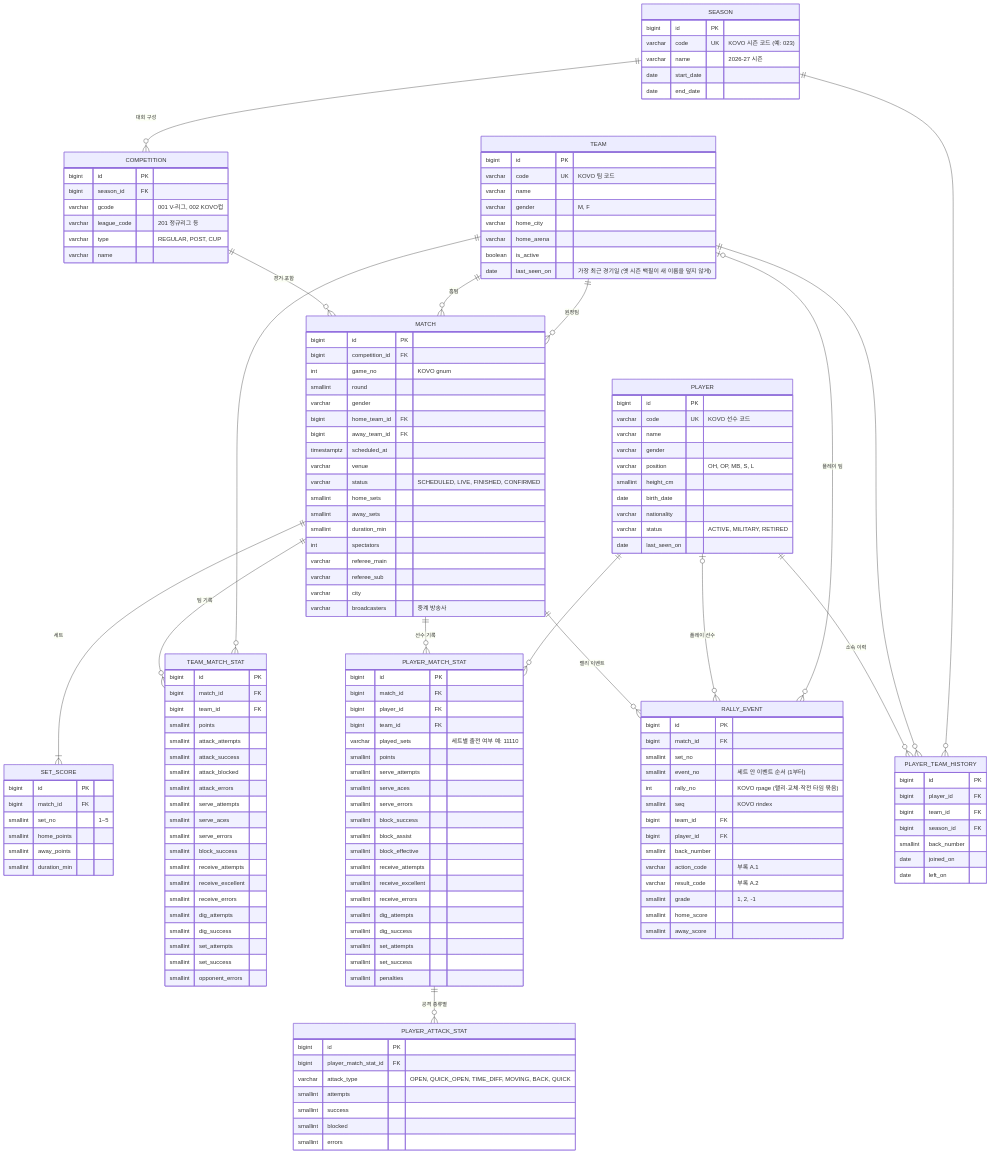
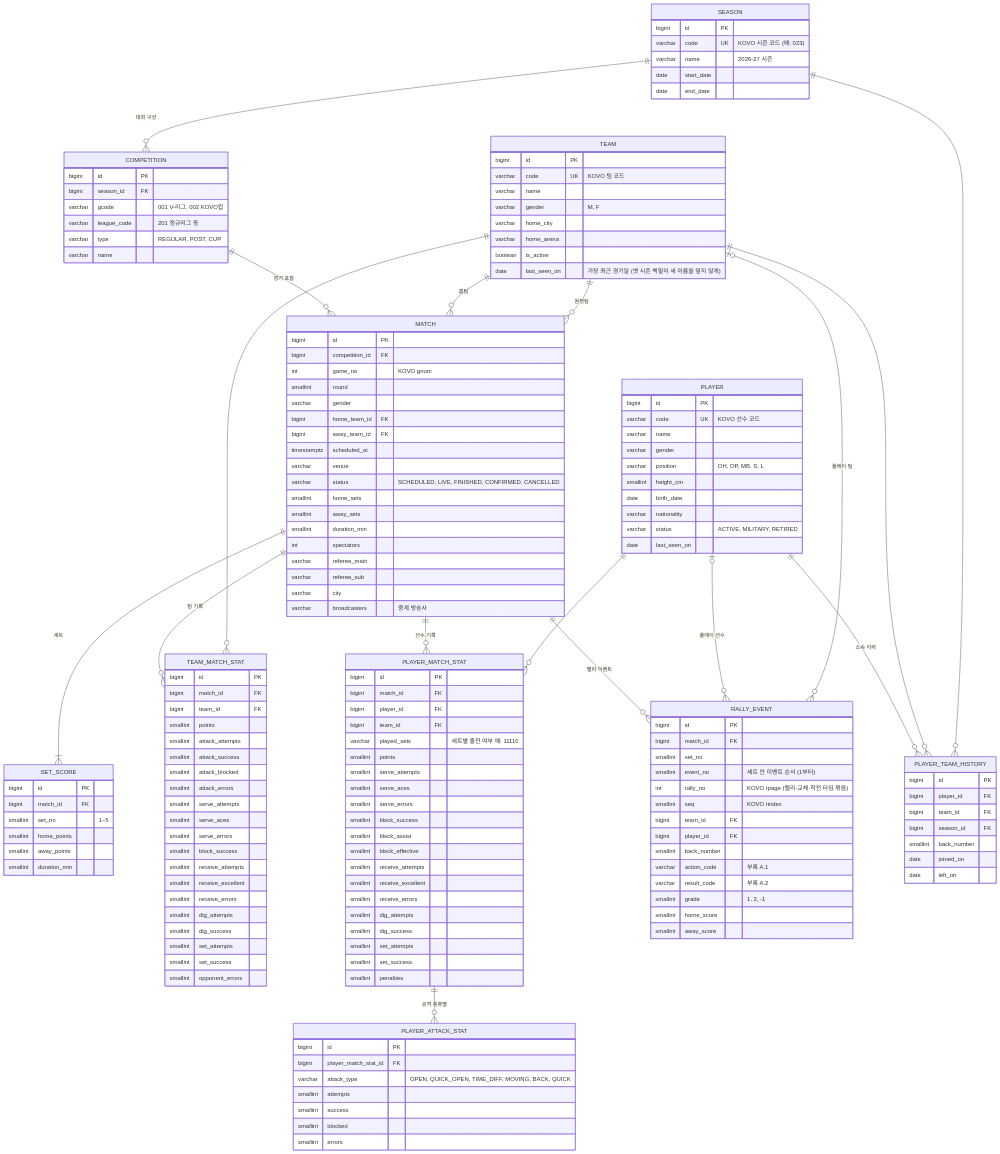
The fourth of 17 diagrams in docs/design.md (ksh1004/volley-insight), drawn with Mermaid before and after one commit. The commit also changed other lines of this file and 147 other files, not shown here.

```diff
--- a/docs/design.md
+++ b/docs/design.md
@@ -381,7 +395,7 @@
     bigint away_team_id FK
     timestamptz scheduled_at
     varchar venue
-    varchar status "SCHEDULED, LIVE, FINISHED, CONFIRMED"
+    varchar status "SCHEDULED, LIVE, FINISHED, CONFIRMED, CANCELLED"
     smallint home_sets
     smallint away_sets
     smallint duration_min
```
